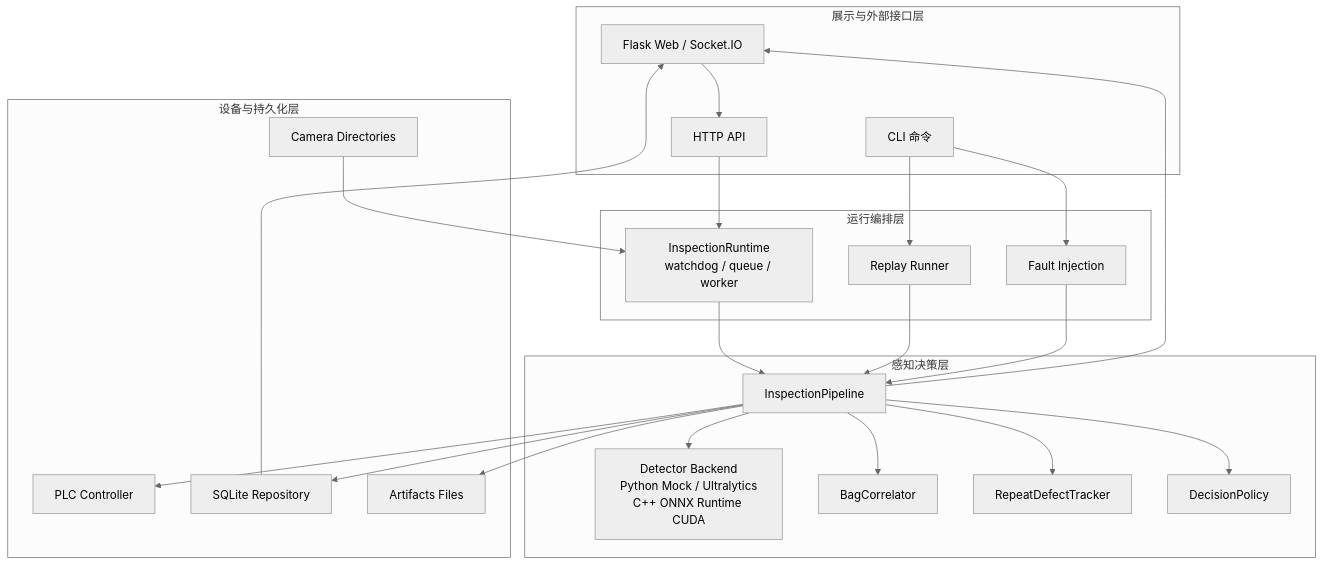
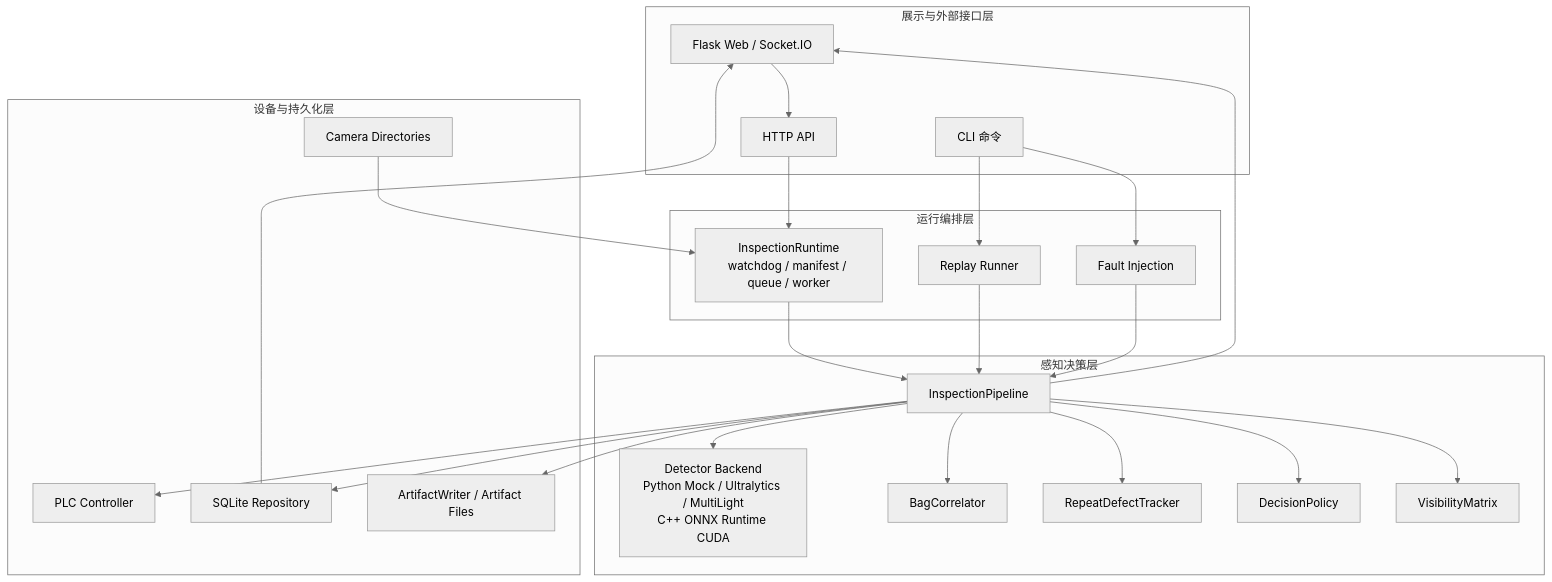
Before and after one commit to MzKyle/Defect-detection-of-water-sampling-bags: the diagram in docs/architecture/README.md, drawn with Mermaid (neutral theme). The commit also changed other lines of this file and 43 other files, not shown here.

````diff
--- a/docs/architecture/README.md
+++ b/docs/architecture/README.md
@@ -7,47 +7,49 @@
 ```mermaid
 graph TB
     subgraph L4["展示与外部接口层"]
         WEB["Flask Web / Socket.IO"]
         API["HTTP API"]
         CLI["CLI 命令"]
     end
 
     subgraph L3["运行编排层"]
-        RT["InspectionRuntime<br/>watchdog / queue / worker"]
+        RT["InspectionRuntime<br/>watchdog / manifest / queue / worker"]
         REP["Replay Runner"]
         FI["Fault Injection"]
     end
 
     subgraph L2["感知决策层"]
         PIPE["InspectionPipeline"]
-        DET["Detector Backend<br/>Python Mock / Ultralytics<br/>C++ ONNX Runtime CUDA"]
+        DET["Detector Backend<br/>Python Mock / Ultralytics / MultiLight<br/>C++ ONNX Runtime CUDA"]
         COR["BagCorrelator"]
         RPT["RepeatDefectTracker"]
         POL["DecisionPolicy"]
+        VIS["VisibilityMatrix"]
     end
 
     subgraph L1["设备与持久化层"]
         CAM["Camera Directories"]
         PLC["PLC Controller"]
         DB["SQLite Repository"]
-        FS["Artifacts Files"]
+        FS["ArtifactWriter / Artifact Files"]
     end
 
     CAM --> RT
     WEB --> API
     API --> RT
     CLI --> REP
     CLI --> FI
     RT --> PIPE
     REP --> PIPE
     FI --> PIPE
     PIPE --> DET
     PIPE --> COR
     PIPE --> RPT
     PIPE --> POL
+    PIPE --> VIS
     PIPE --> PLC
     PIPE --> DB
     PIPE --> FS
     DB --> WEB
     PIPE --> WEB
 ```
````
